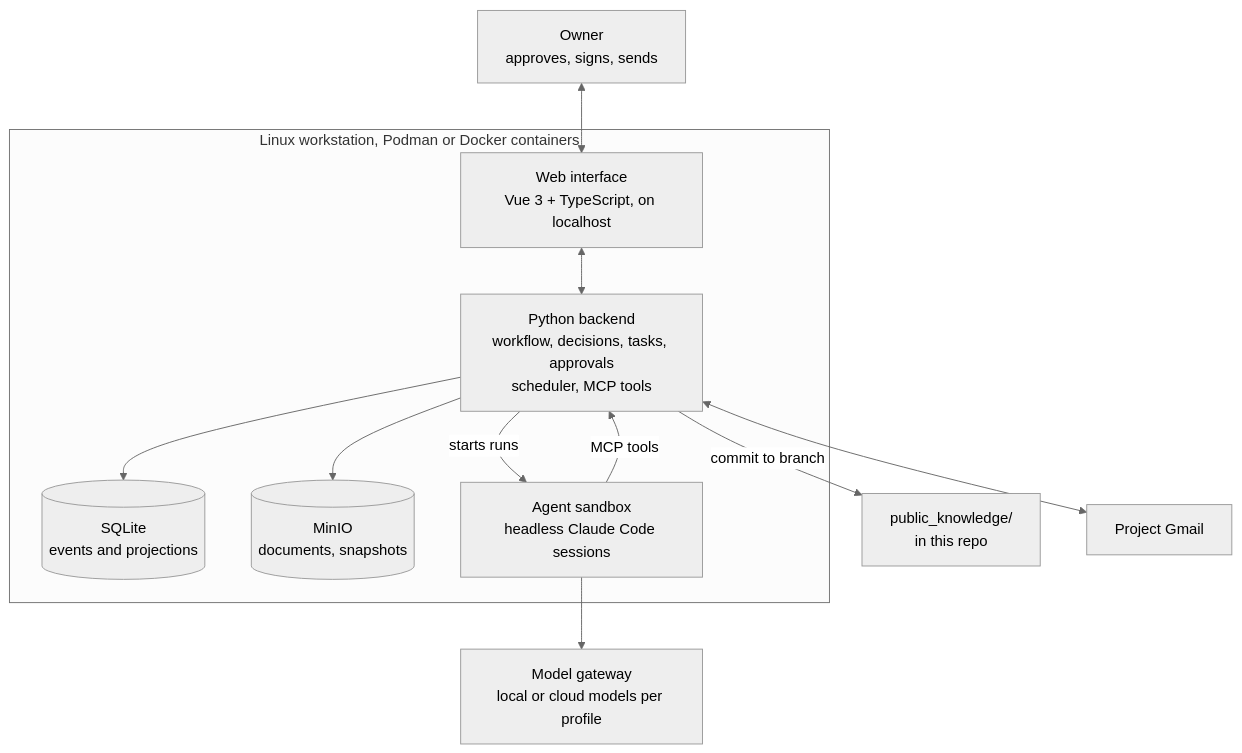
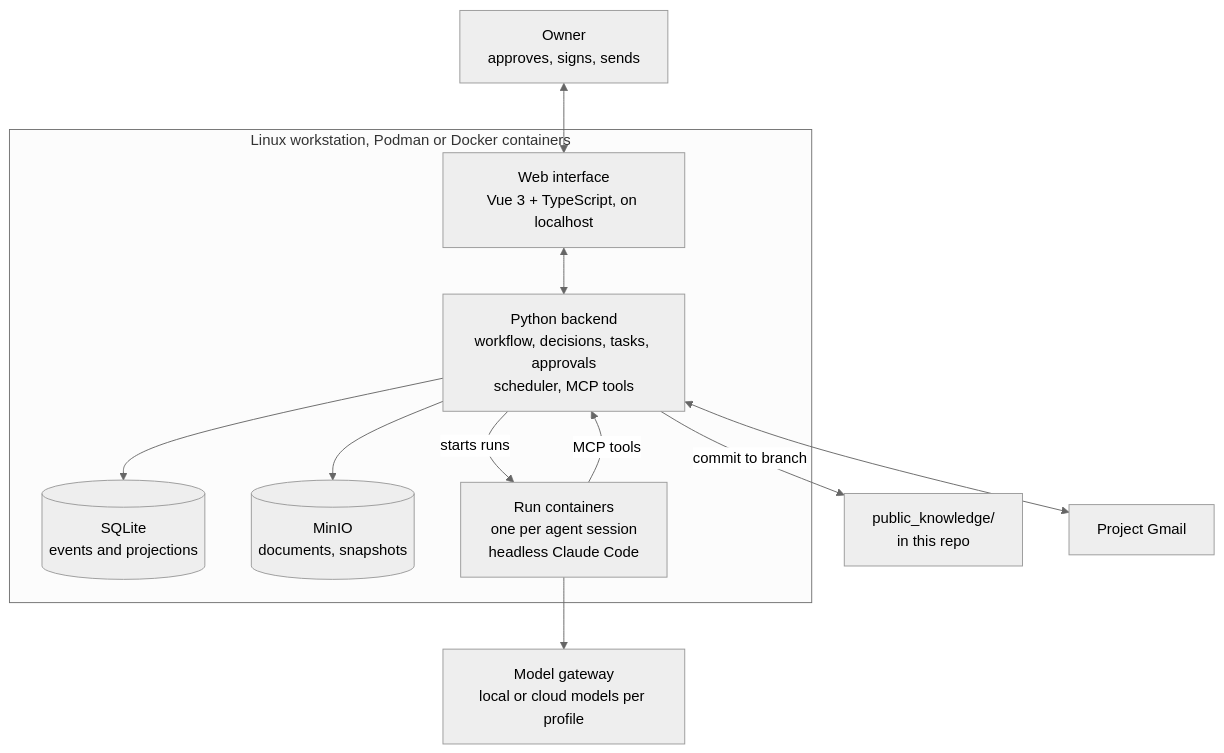
One commit to forgeit-co/tekton changed the second of 2 diagrams in docs/rfd-0001.md. Above: the diagram before and after it, drawn with Mermaid (neutral theme). The commit also changed other lines of this file and 4 other files, not shown here.

````diff
--- a/docs/rfd-0001.md
+++ b/docs/rfd-0001.md
@@ -108,26 +108,26 @@
 ```mermaid
 flowchart TB
     OWNER["Owner<br/>approves, signs, sends"]
 
     subgraph WS["Linux workstation, Podman or Docker containers"]
         UI["Web interface<br/>Vue 3 + TypeScript, on localhost"]
         BE["Python backend<br/>workflow, decisions, tasks, approvals<br/>scheduler, MCP tools"]
         DB[("SQLite<br/>events and projections")]
         S3[("MinIO<br/>documents, snapshots")]
-        AG["Agent sandbox<br/>headless Claude Code sessions"]
+        AG["Run containers<br/>one per agent session<br/>headless Claude Code"]
     end
 
     GW["Model gateway<br/>local or cloud models per profile"]
     GIT["public_knowledge/<br/>in this repo"]
     MAIL["Project Gmail"]
 
     OWNER <--> UI
     UI <--> BE
     BE --> DB
     BE --> S3
     BE -->|starts runs| AG
     AG -->|MCP tools| BE
     AG --> GW
     BE <--> MAIL
     BE -->|commit to branch| GIT
 ```
````
